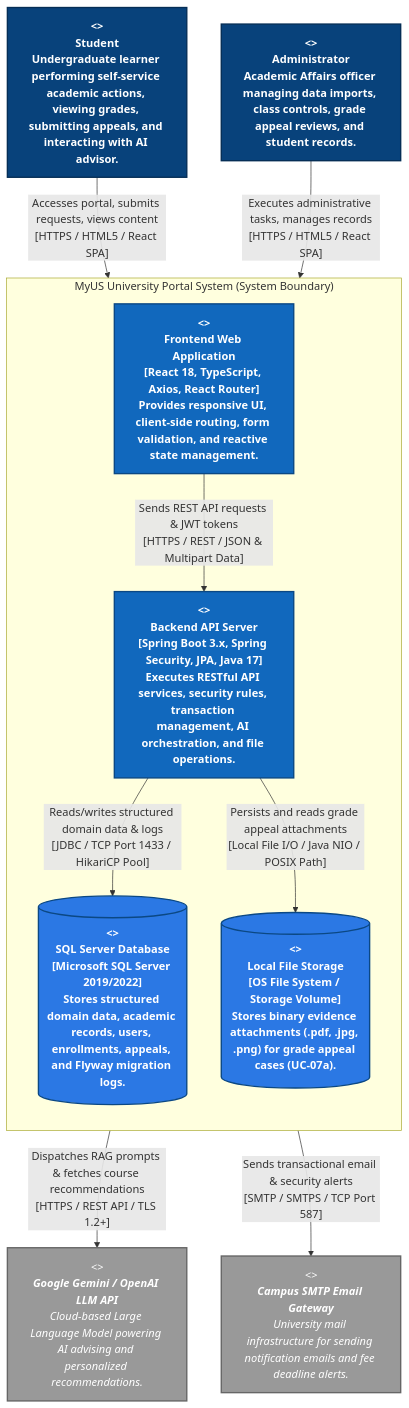
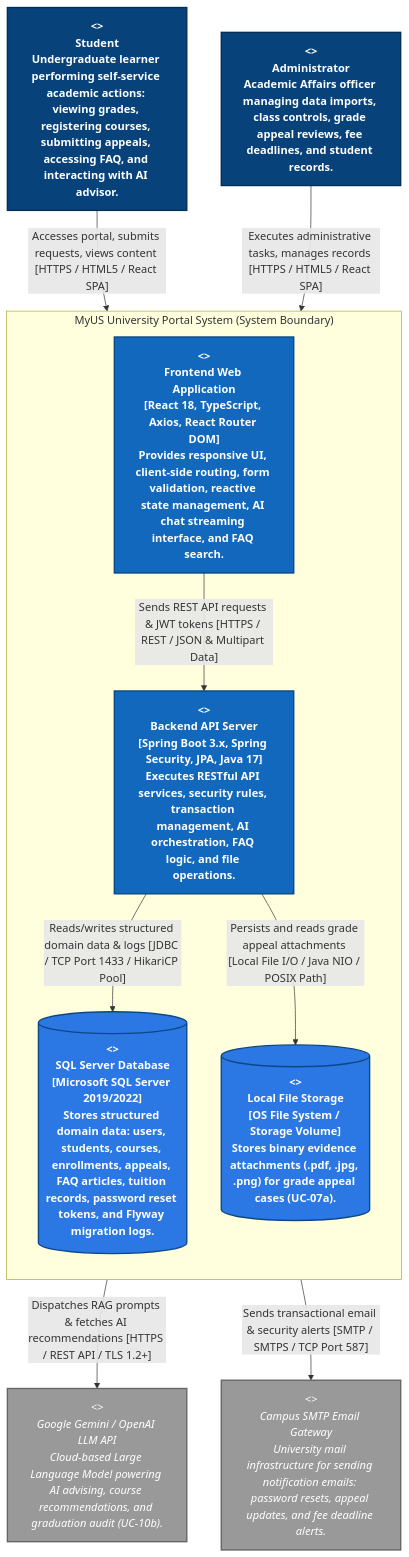
Before and after one commit to ltny24/Software-Engineering---Group-6: the first of 3 diagrams in docs/analysis-and-design/Section_C_Container_and_Component_Diagram.md, drawn with Mermaid. The commit also changed other lines of this file and 2 other files, not shown here.

Commit message:
docs: finalize PA4 C4 architecture diagrams (Sections B, C, D) and verify UC spec compliance

````diff
--- a/docs/analysis-and-design/Section_C_Container_and_Component_Diagram.md
+++ b/docs/analysis-and-design/Section_C_Container_and_Component_Diagram.md
@@ -25,43 +25,43 @@
 ```mermaid
 flowchart TB
     %% C4 Model Styling Definitions
     classDef person fill:#08427b,stroke:#052e56,stroke-width:2px,color:#ffffff,font-weight:bold
     classDef container fill:#1168bd,stroke:#0b4884,stroke-width:2px,color:#ffffff,font-weight:bold
     classDef database fill:#2b78e4,stroke:#0b4884,stroke-width:2px,color:#ffffff,font-weight:bold
     classDef external fill:#999999,stroke:#666666,stroke-width:2px,color:#ffffff,font-style:italic
 
     %% Primary Actors (People)
-    Student["<<Person>><br/><b>Student</b><br/>Undergraduate learner performing self-service academic actions, viewing grades, submitting appeals, and interacting with AI advisor."]:::person
+    Student["<<Person>><br/>Student<br/>Undergraduate learner performing self-service academic actions: viewing grades, registering courses, submitting appeals, accessing FAQ, and interacting with AI advisor."]:::person
 
-    Admin["<<Person>><br/><b>Administrator</b><br/>Academic Affairs officer managing data imports, class controls, grade appeal reviews, and student records."]:::person
+    Admin["<<Person>><br/>Administrator<br/>Academic Affairs officer managing data imports, class controls, grade appeal reviews, fee deadlines, and student records."]:::person
 
     %% System Boundary
     subgraph SystemBoundary ["MyUS University Portal System (System Boundary)"]
         direction TB
 
-        Frontend["<<Container: Single Page Application>><br/><b>Frontend Web Application</b><br/>[React 18, TypeScript, Axios, React Router]<br/>Provides responsive UI, client-side routing, form validation, and reactive state management."]:::container
+        Frontend["<<Container: Single Page Application>><br/>Frontend Web Application<br/>[React 18, TypeScript, Axios, React Router DOM]<br/>Provides responsive UI, client-side routing, form validation, reactive state management, AI chat streaming interface, and FAQ search."]:::container
 
-        Backend["<<Container: Web API Application>><br/><b>Backend API Server</b><br/>[Spring Boot 3.x, Spring Security, JPA, Java 17]<br/>Executes RESTful API services, security rules, transaction management, AI orchestration, and file operations."]:::container
+        Backend["<<Container: Web API Application>><br/>Backend API Server<br/>[Spring Boot 3.x, Spring Security, JPA, Java 17]<br/>Executes RESTful API services, security rules, transaction management, AI orchestration, FAQ logic, and file operations."]:::container
 
-        Database[("<<Container: Relational Database>><br/><b>SQL Server Database</b><br/>[Microsoft SQL Server 2019/2022]<br/>Stores structured domain data, academic records, users, enrollments, appeals, and Flyway migration logs.")]:::database
+        Database[("<<Container: Relational Database>><br/>SQL Server Database<br/>[Microsoft SQL Server 2019/2022]<br/>Stores structured domain data: users, students, courses, enrollments, appeals, FAQ articles, tuition records, password reset tokens, and Flyway migration logs.")]:::database
 
-        FileStorage[("<<Container: File System / Binary Storage>><br/><b>Local File Storage</b><br/>[OS File System / Storage Volume]<br/>Stores binary evidence attachments (.pdf, .jpg, .png) for grade appeal cases (UC-07a).")]:::database
+        FileStorage[("<<Container: File System / Binary Storage>><br/>Local File Storage<br/>[OS File System / Storage Volume]<br/>Stores binary evidence attachments (.pdf, .jpg, .png) for grade appeal cases (UC-07a).")]:::database
     end
 
     %% External Systems
-    GeminiAI["<<External System>><br/><b>Google Gemini / OpenAI LLM API</b><br/>Cloud-based Large Language Model powering AI advising and personalized recommendations."]:::external
+    GeminiAI["<<External System>><br/>Google Gemini / OpenAI LLM API<br/>Cloud-based Large Language Model powering AI advising, course recommendations, and graduation audit (UC-10b)."]:::external
 
-    EmailGateway["<<External System>><br/><b>Campus SMTP Email Gateway</b><br/>University mail infrastructure for sending notification emails and fee deadline alerts."]:::external
+    EmailGateway["<<External System>><br/>Campus SMTP Email Gateway<br/>University mail infrastructure for sending notification emails: password resets, appeal updates, and fee deadline alerts."]:::external
 
     %% Communication Flows
-    Student -->|"Accesses portal, submits requests, views content<br/>[HTTPS / HTML5 / React SPA]"| Frontend
-    Admin -->|"Executes administrative tasks, manages records<br/>[HTTPS / HTML5 / React SPA]"| Frontend
+    Student -->|"Accesses portal, submits requests, views content [HTTPS / HTML5 / React SPA]"| Frontend
+    Admin -->|"Executes administrative tasks, manages records [HTTPS / HTML5 / React SPA]"| Frontend
 
-    Frontend -->|"Sends REST API requests & JWT tokens<br/>[HTTPS / REST / JSON & Multipart Data]"| Backend
+    Frontend -->|"Sends REST API requests & JWT tokens [HTTPS / REST / JSON & Multipart Data]"| Backend
 
-    Backend -->|"Reads/writes structured domain data & logs<br/>[JDBC / TCP Port 1433 / HikariCP Pool]"| Database
-    Backend -->|"Persists and reads grade appeal attachments<br/>[Local File I/O / Java NIO / POSIX Path]"| FileStorage
+    Backend -->|"Reads/writes structured domain data & logs [JDBC / TCP Port 1433 / HikariCP Pool]"| Database
+    Backend -->|"Persists and reads grade appeal attachments [Local File I/O / Java NIO / POSIX Path]"| FileStorage
 
-    Backend -->|"Dispatches RAG prompts & fetches course recommendations<br/>[HTTPS / REST API / TLS 1.2+]"| GeminiAI
-    Backend -->|"Sends transactional email & security alerts<br/>[SMTP / SMTPS / TCP Port 587]"| EmailGateway
+    Backend -->|"Dispatches RAG prompts & fetches AI recommendations [HTTPS / REST API / TLS 1.2+]"| GeminiAI
+    Backend -->|"Sends transactional email & security alerts [SMTP / SMTPS / TCP Port 587]"| EmailGateway
 ```
````
